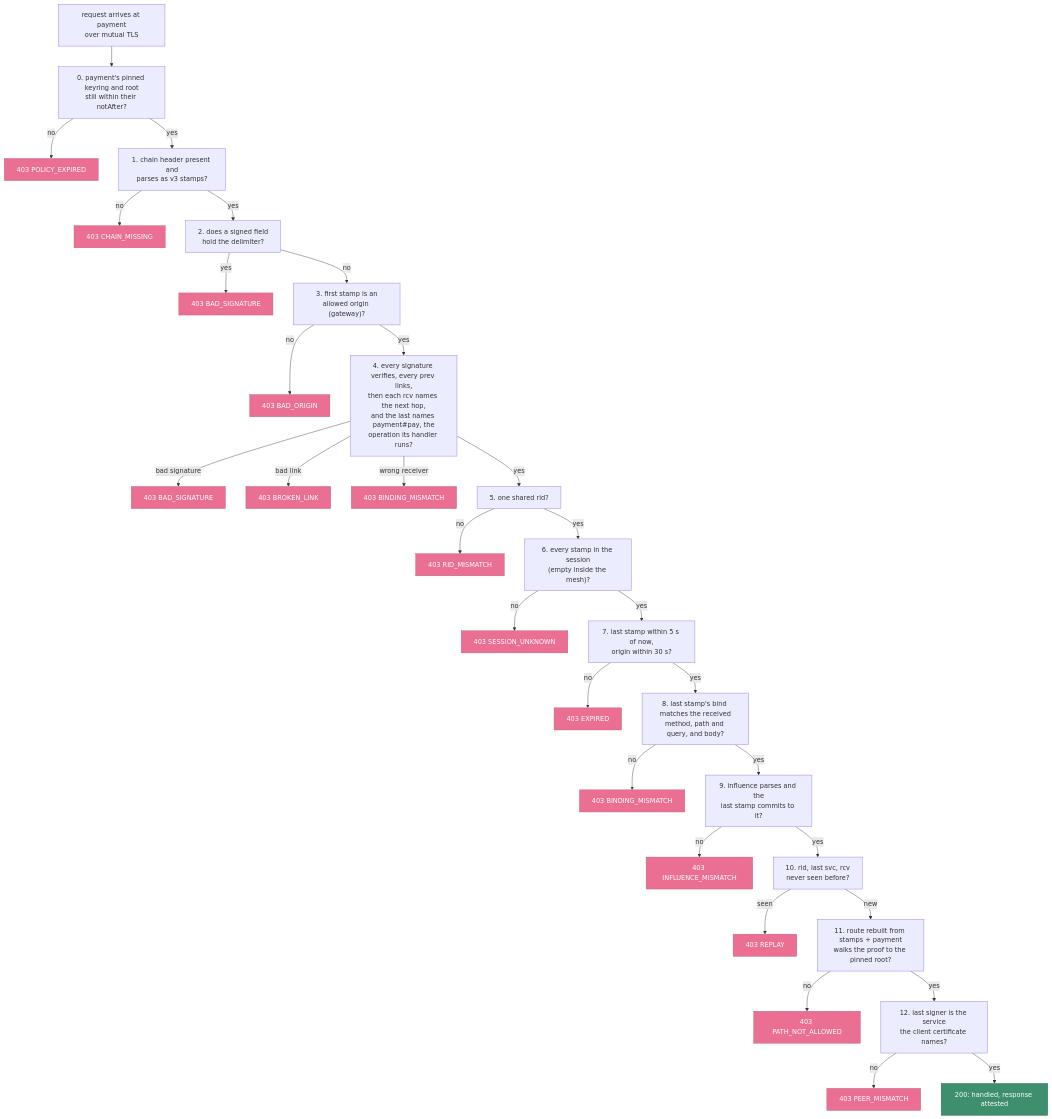
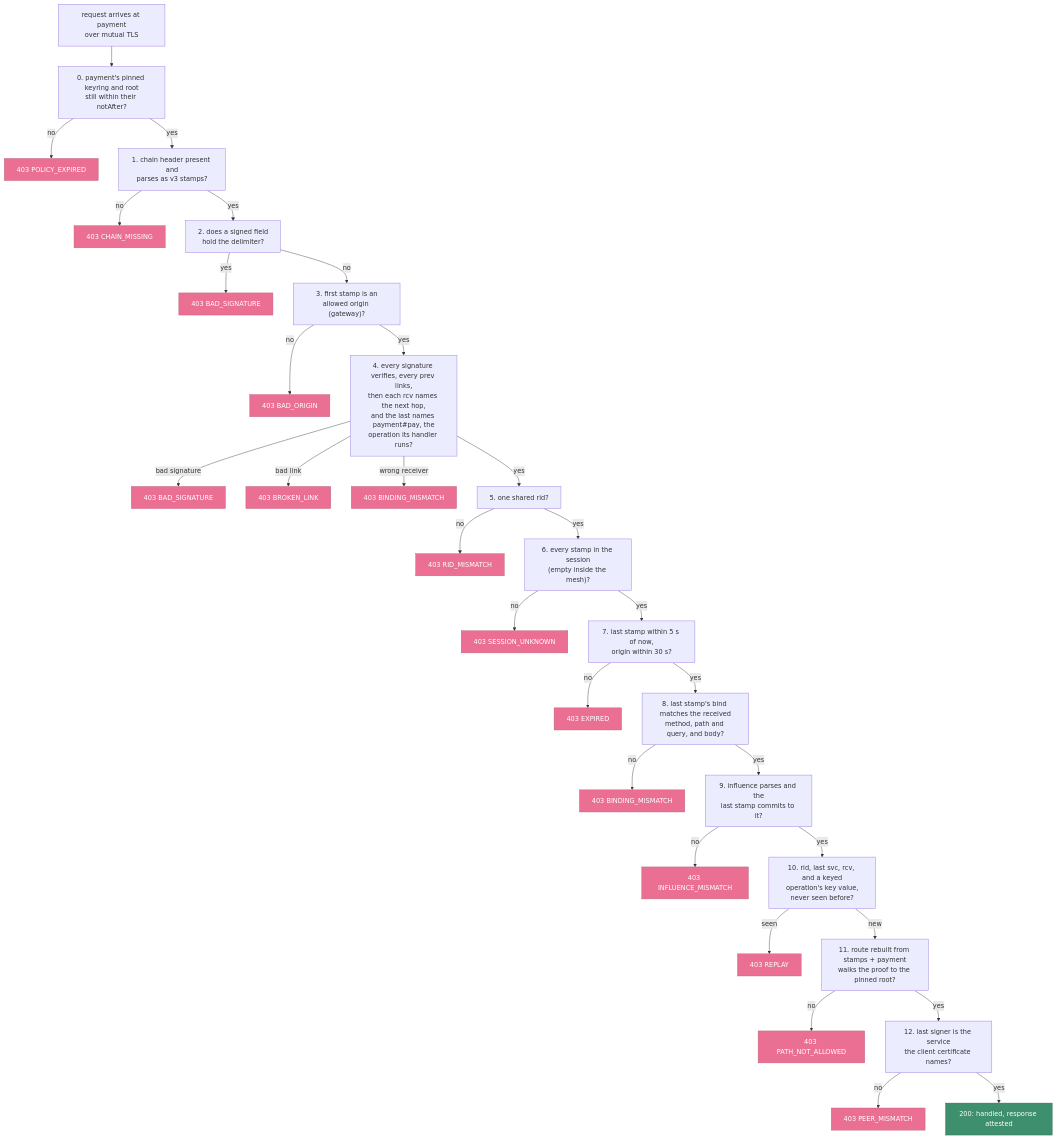
Before and after one commit to dumbsly/paztport: the fifth of 7 diagrams in poc-demos/java-mesh/README.md, drawn with Mermaid. The commit also changed other lines of this file and 5 other files, not shown here.

````diff
--- a/poc-demos/java-mesh/README.md
+++ b/poc-demos/java-mesh/README.md
@@ -379,37 +383,37 @@
 ```mermaid
 flowchart TD
     A["request arrives at payment<br/>over mutual TLS"] --> S0["0. payment's pinned keyring and root<br/>still within their notAfter?"]
     S0 -->|no| R0["403 POLICY_EXPIRED"]
     S0 -->|yes| S1["1. chain header present and<br/>parses as v3 stamps?"]
     S1 -->|no| R1["403 CHAIN_MISSING"]
     S1 -->|yes| S2["2. does a signed field<br/>hold the delimiter?"]
     S2 -->|yes| R2["403 BAD_SIGNATURE"]
     S2 -->|no| S3["3. first stamp is an<br/>allowed origin (gateway)?"]
     S3 -->|no| R3["403 BAD_ORIGIN"]
     S3 -->|yes| S4["4. every signature verifies, every prev links,<br/>then each rcv names the next hop,<br/>and the last names payment#pay, the<br/>operation its handler runs?"]
     S4 -->|bad signature| R4a["403 BAD_SIGNATURE"]
     S4 -->|bad link| R4b["403 BROKEN_LINK"]
     S4 -->|wrong receiver| R4c["403 BINDING_MISMATCH"]
     S4 -->|yes| S5["5. one shared rid?"]
     S5 -->|no| R5["403 RID_MISMATCH"]
     S5 -->|yes| S6["6. every stamp in the session<br/>(empty inside the mesh)?"]
     S6 -->|no| R6["403 SESSION_UNKNOWN"]
     S6 -->|yes| S7["7. last stamp within 5 s of now,<br/>origin within 30 s?"]
     S7 -->|no| R7["403 EXPIRED"]
     S7 -->|yes| S8["8. last stamp's bind matches the received<br/>method, path and query, and body?"]
     S8 -->|no| R8["403 BINDING_MISMATCH"]
     S8 -->|yes| S9["9. influence parses and the<br/>last stamp commits to it?"]
     S9 -->|no| R9["403 INFLUENCE_MISMATCH"]
-    S9 -->|yes| S10["10. rid, last svc, rcv<br/>never seen before?"]
+    S9 -->|yes| S10["10. rid, last svc, rcv, and a keyed<br/>operation's key value,<br/>never seen before?"]
     S10 -->|seen| R10["403 REPLAY"]
     S10 -->|new| S11["11. route rebuilt from stamps + payment<br/>walks the proof to the pinned root?"]
     S11 -->|no| R11["403 PATH_NOT_ALLOWED"]
     S11 -->|yes| S12["12. last signer is the service<br/>the client certificate names?"]
     S12 -->|no| R12["403 PEER_MISMATCH"]
     S12 -->|yes| OK["200: handled, response attested"]
 
     classDef reject fill:#eb6f92,stroke:#b4637a,color:#ffffff
     classDef pass fill:#3e8f6e,stroke:#2a6b52,color:#ffffff
     class R0,R1,R2,R3,R4a,R4b,R4c,R5,R6,R7,R8,R9,R10,R11,R12 reject
     class OK pass
 ```
````
